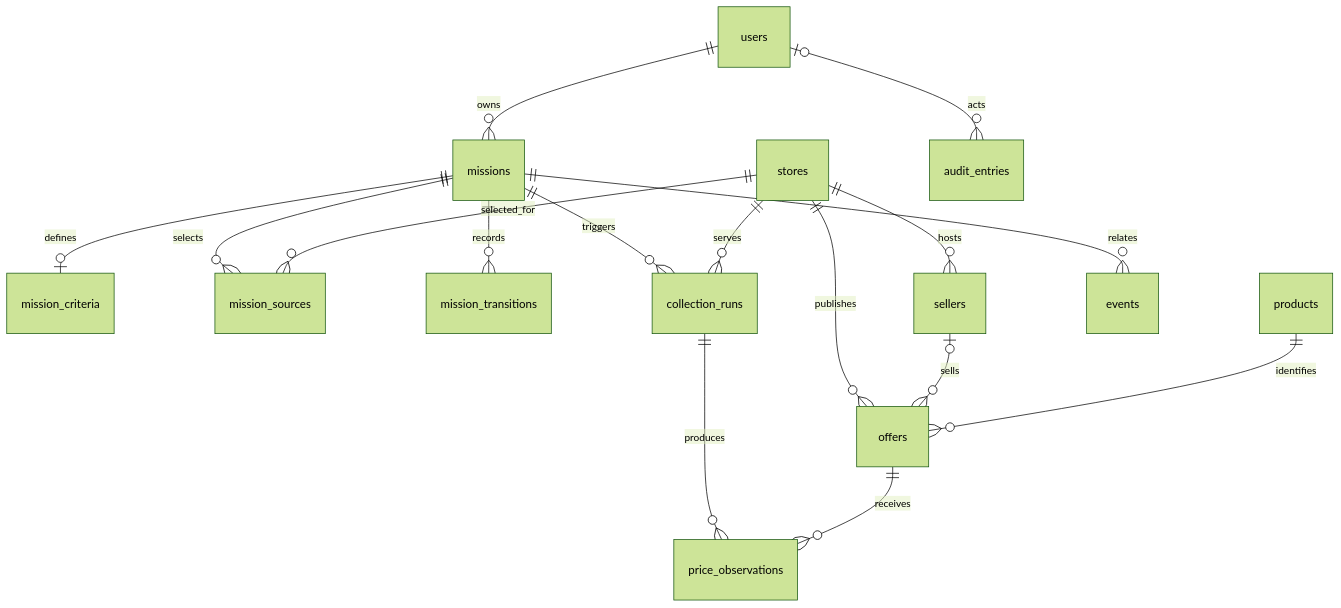
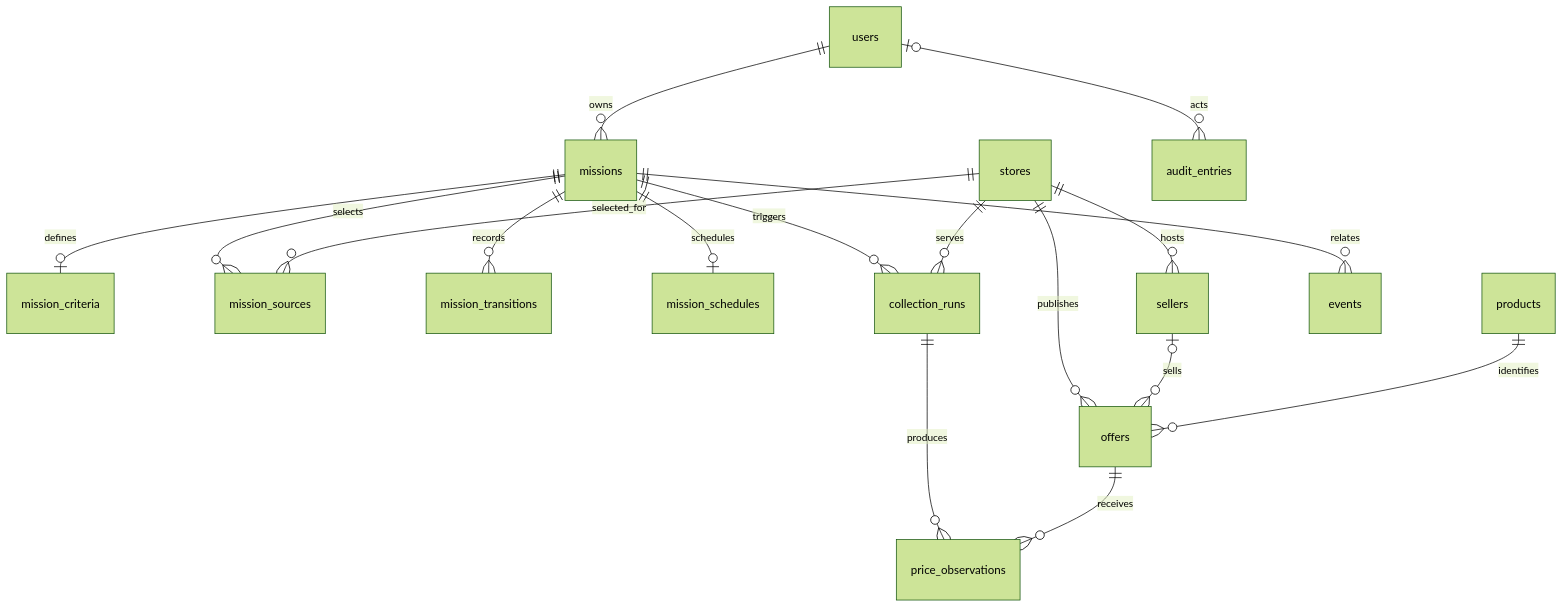
Before and after one commit to jhonnatancesar/AIShoppingAgent: the diagram in docs/DATABASE.md, drawn with Mermaid (forest theme). The commit also changed other lines of this file and 17 other files, not shown here.

Commit message:
feat(missions): add recurring mission schedules

````diff
--- a/docs/DATABASE.md
+++ b/docs/DATABASE.md
@@ -18,18 +18,19 @@
 ```mermaid
 erDiagram
     users ||--o{ missions : owns
     missions ||--o| mission_criteria : defines
     missions ||--o{ mission_sources : selects
     stores ||--o{ mission_sources : selected_for
     missions ||--o{ mission_transitions : records
+    missions ||--o| mission_schedules : schedules
     missions ||--o{ collection_runs : triggers
     stores ||--o{ offers : publishes
     stores ||--o{ sellers : hosts
     sellers o|--o{ offers : sells
     products ||--o{ offers : identifies
     collection_runs ||--o{ price_observations : produces
     offers ||--o{ price_observations : receives
     missions ||--o{ events : relates
     stores ||--o{ collection_runs : serves
     users o|--o{ audit_entries : acts
 ```
````
